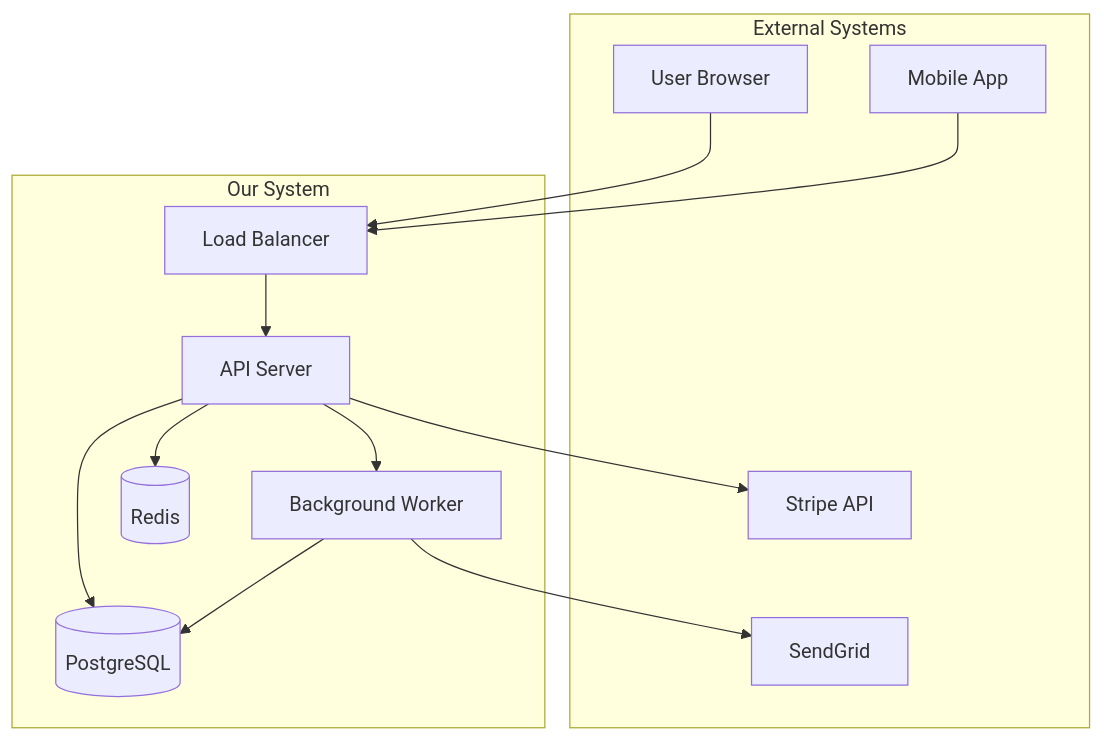
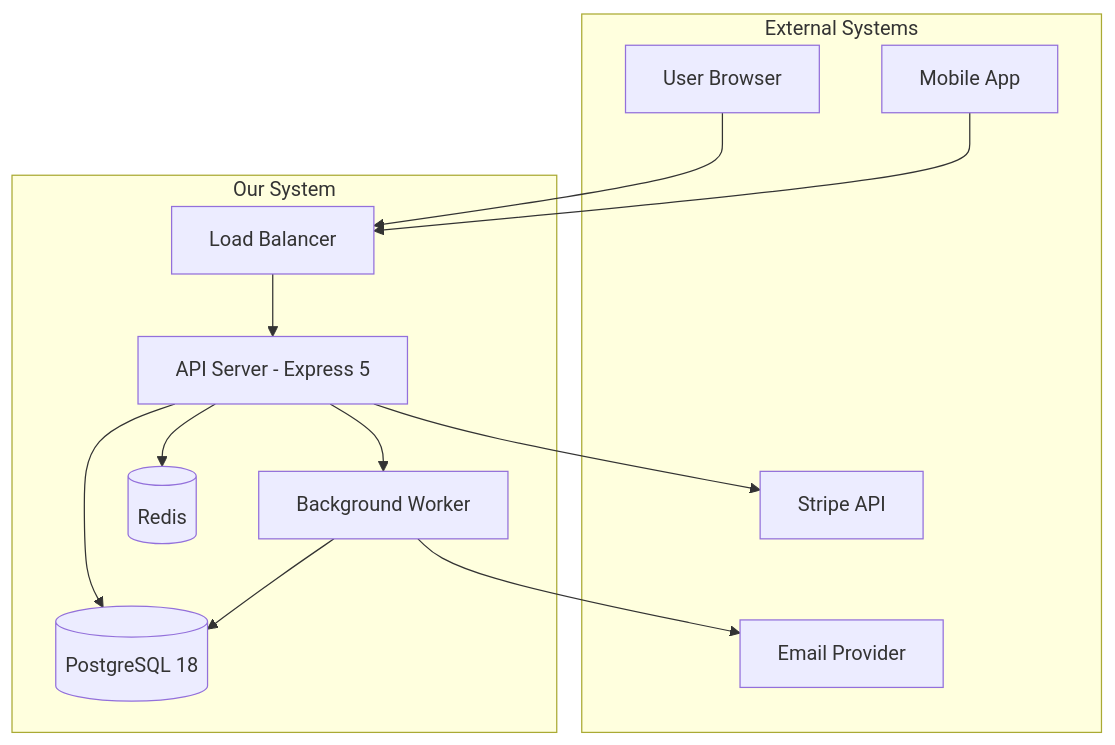
Before and after one commit to servika/claude-code-setup: the sixth of 10 diagrams in .claude/rules/architecture.md, drawn with Mermaid. The commit also changed other lines of this file and 109 other files, not shown here.

````diff
--- a/.claude/rules/architecture.md
+++ b/.claude/rules/architecture.md
@@ -245,27 +590,27 @@
 ```mermaid
 graph TB
     subgraph external [External Systems]
         User[User Browser]
         Mobile[Mobile App]
         Stripe[Stripe API]
-        Email[SendGrid]
+        Email[Email Provider]
     end
 
     subgraph system [Our System]
         LB[Load Balancer]
-        API[API Server]
+        API[API Server - Express 5]
         Worker[Background Worker]
-        DB[(PostgreSQL)]
+        DB[(PostgreSQL 18)]
         Cache[(Redis)]
     end
 
     User --> LB
     Mobile --> LB
     LB --> API
     API --> DB
     API --> Cache
     API --> Worker
     Worker --> DB
     Worker --> Email
     API --> Stripe
 ```
````
